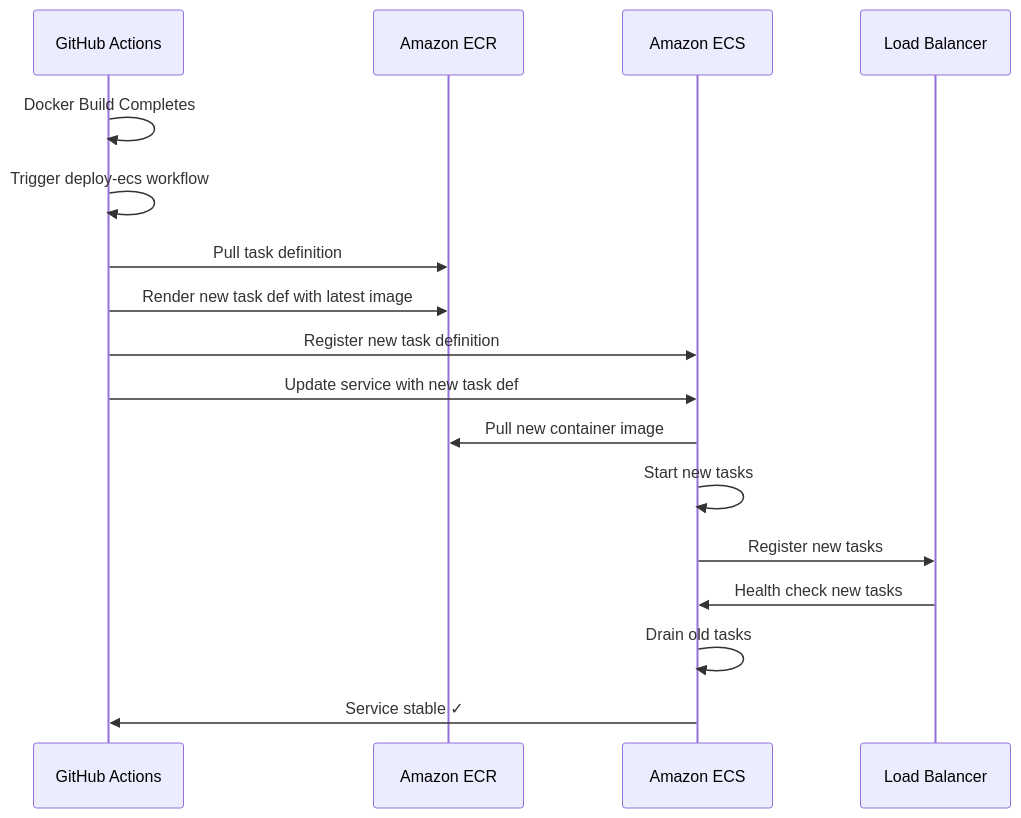
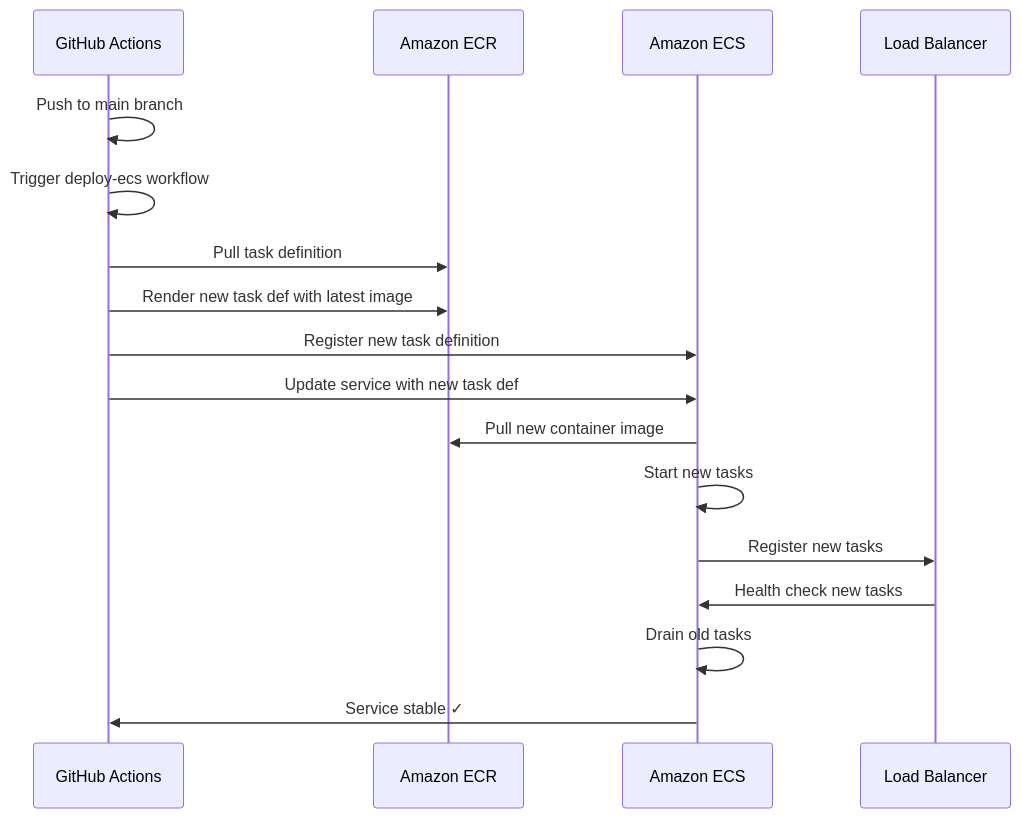
Before and after one commit to kmesiab/concept-model-protein-classifier: the third of 3 diagrams in docs/CI.md, drawn with Mermaid. The commit also changed other lines of this file and 1 other file, not shown here.

````diff
--- a/docs/CI.md
+++ b/docs/CI.md
@@ -556,20 +556,20 @@
 ```mermaid
 sequenceDiagram
     participant GH as GitHub Actions
     participant ECR as Amazon ECR
     participant ECS as Amazon ECS
     participant ALB as Load Balancer
     
-    GH->>GH: Docker Build Completes
+    GH->>GH: Push to main branch
     GH->>GH: Trigger deploy-ecs workflow
     GH->>ECR: Pull task definition
     GH->>ECR: Render new task def with latest image
     GH->>ECS: Register new task definition
     GH->>ECS: Update service with new task def
     ECS->>ECR: Pull new container image
     ECS->>ECS: Start new tasks
     ECS->>ALB: Register new tasks
     ALB->>ECS: Health check new tasks
     ECS->>ECS: Drain old tasks
     ECS->>GH: Service stable ✓
 ```
````
